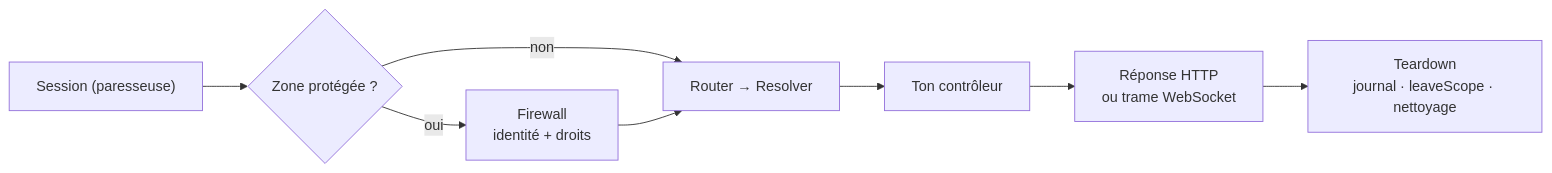
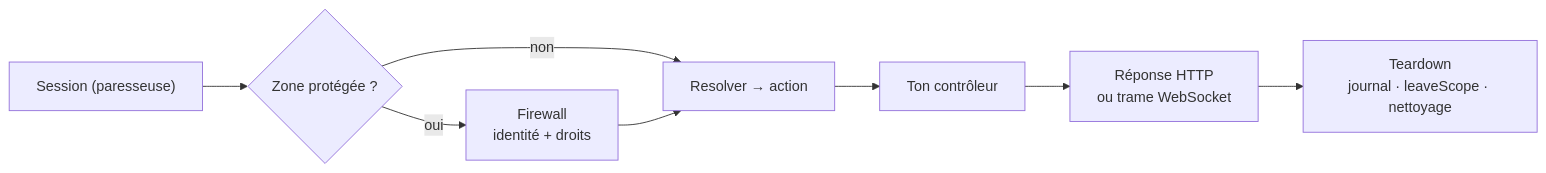
The fourth of 5 diagrams in docs/architecture/vue-ensemble.md (nodefony/nodefony-core), drawn with Mermaid before and after one commit. The commit also changed other lines of this file and 8 other files, not shown here.

````diff
--- a/docs/architecture/vue-ensemble.md
+++ b/docs/architecture/vue-ensemble.md
@@ -354,10 +356,10 @@
 ```mermaid
 flowchart LR
   SESS["Session (paresseuse)"] --> FWD{"Zone protégée ?"}
-  FWD -->|non| RES["Router → Resolver"]
+  FWD -->|non| RES["Resolver → action"]
   FWD -->|oui| AUTH["Firewall<br/>identité + droits"]
   AUTH --> RES
   RES --> CTRL["Ton contrôleur"]
   CTRL --> OUT["Réponse HTTP<br/>ou trame WebSocket"]
   OUT --> TD["Teardown<br/>journal · leaveScope · nettoyage"]
 ```
````
